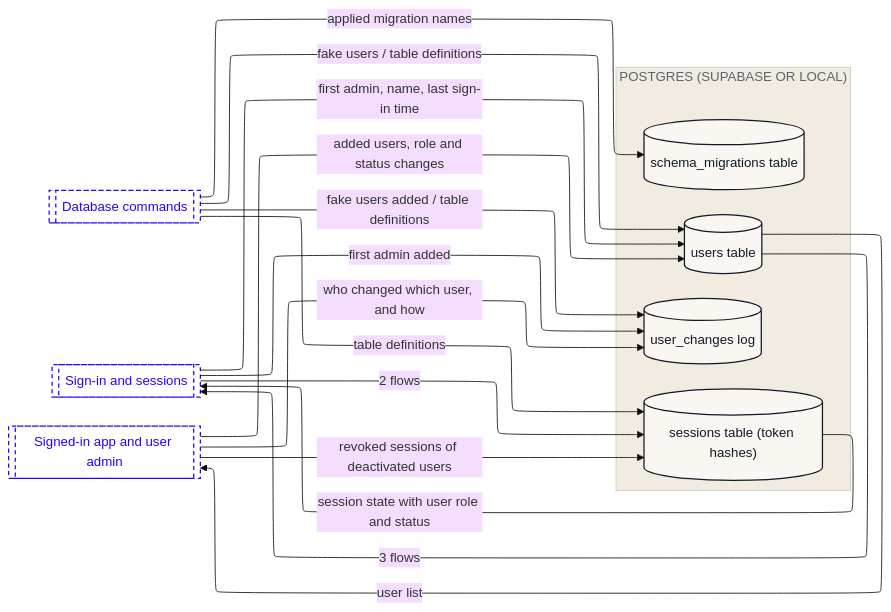
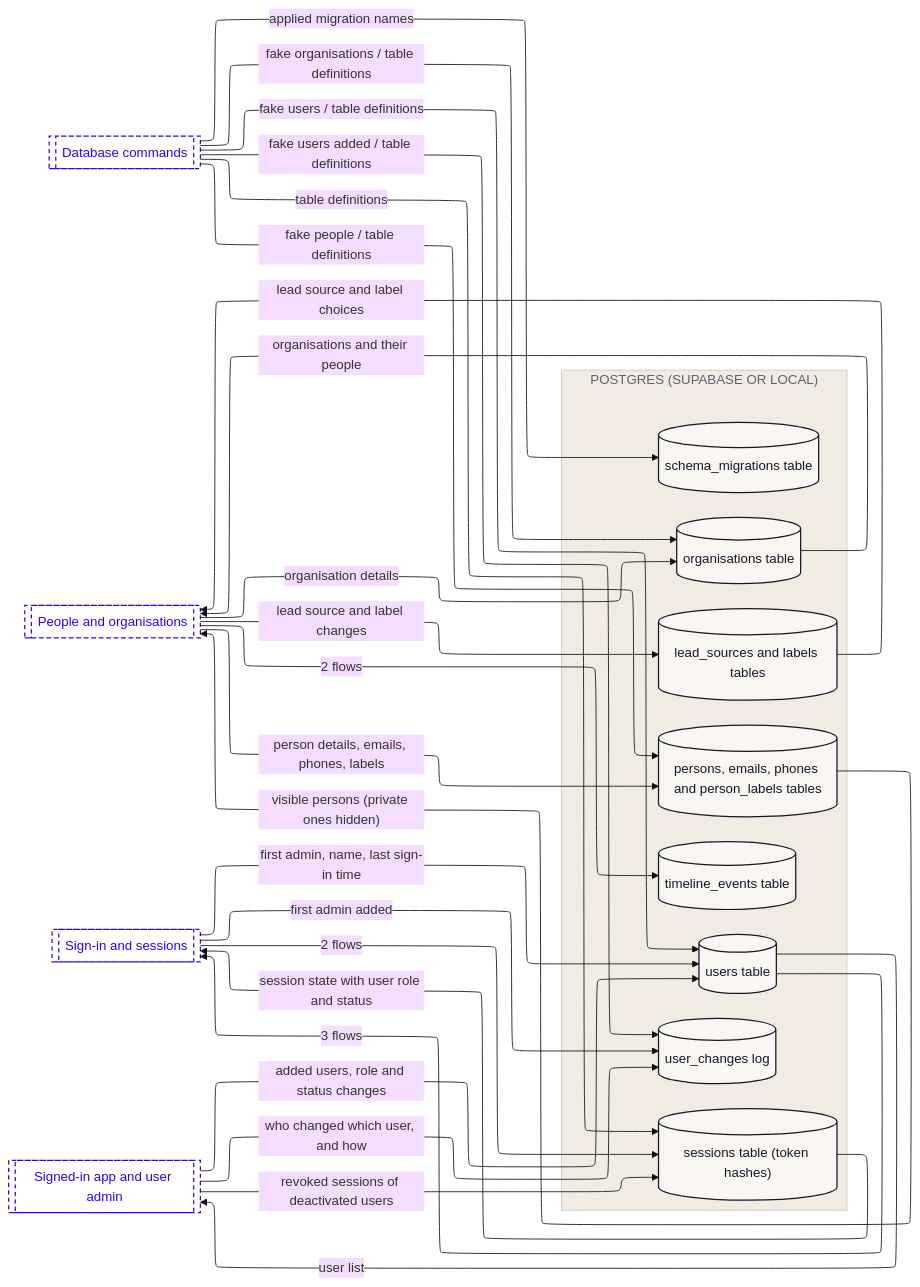
The third of 8 diagrams in dataflow/DATAFLOW.md (Romain-Perche/Barnacle-Pipe), drawn with Mermaid (base theme) before and after one commit. The commit also changed other lines of this file and 12 other files, not shown here.

````diff
--- a/dataflow/DATAFLOW.md
+++ b/dataflow/DATAFLOW.md
@@ -118,38 +127,52 @@
 ```mermaid
 ---
 config:
   layout: elk
 ---
 flowchart LR
     subgraph z1["POSTGRES (SUPABASE OR LOCAL)"]
-        n1[("schema_migrations table")]
-        n2[("sessions table (token hashes)")]
-        n3[("user_changes log")]
-        n4[("users table")]
+        n1[("lead_sources and labels tables")]
+        n2[("organisations table")]
+        n3[("persons, emails, phones and person_labels tables")]
+        n4[("schema_migrations table")]
+        n5[("sessions table (token hashes)")]
+        n6[("timeline_events table")]
+        n7[("user_changes log")]
+        n8[("users table")]
     end
-    n5[["Database commands"]]
-    n6[["Sign-in and sessions"]]
-    n7[["Signed-in app and user admin"]]
-    n6 -->|"2 flows"| n2
-    n6 -->|"first admin added"| n3
-    n6 -->|"first admin, name, last sign-in time"| n4
-    n5 -->|"applied migration names"| n1
-    n5 -->|"table definitions"| n2
-    n5 -->|"fake users added / table definitions"| n3
-    n5 -->|"fake users / table definitions"| n4
-    n2 -->|"session state with user role and status"| n6
-    n7 -->|"revoked sessions of deactivated users"| n2
-    n7 -->|"who changed which user, and how"| n3
-    n7 -->|"added users, role and status changes"| n4
-    n4 -->|"3 flows"| n6
-    n4 -->|"user list"| n7
+    n9[["Database commands"]]
+    n10[["People and organisations"]]
+    n11[["Sign-in and sessions"]]
+    n12[["Signed-in app and user admin"]]
+    n10 -->|"lead source and label changes"| n1
+    n1 -->|"lead source and label choices"| n10
+    n11 -->|"2 flows"| n5
+    n11 -->|"first admin added"| n7
+    n11 -->|"first admin, name, last sign-in time"| n8
+    n9 -->|"fake organisations / table definitions"| n2
+    n9 -->|"fake people / table definitions"| n3
+    n9 -->|"applied migration names"| n4
+    n9 -->|"table definitions"| n5
+    n9 -->|"fake users added / table definitions"| n7
+    n9 -->|"fake users / table definitions"| n8
+    n10 -->|"organisation details"| n2
+    n10 -->|"2 flows"| n6
+    n2 -->|"organisations and their people"| n10
+    n10 -->|"person details, emails, phones, labels"| n3
+    n3 -->|"visible persons (private ones hidden)"| n10
+    n5 -->|"session state with user role and status"| n11
+    n12 -->|"revoked sessions of deactivated users"| n5
+    n12 -->|"who changed which user, and how"| n7
+    n12 -->|"added users, role and status changes"| n8
+    n8 -->|"3 flows"| n11
+    n8 -->|"user list"| n12
     classDef actor fill:#FFFFFF,stroke:#111827,stroke-width:1px,color:#111827
     classDef process fill:#EDEAFF,stroke:#2B00FF,stroke-width:1.5px,color:#111827
     classDef store fill:#FAF6F1,stroke:#111827,stroke-width:1.5px,color:#111827
     classDef zone fill:#1A1A1A,stroke:#1A1A1A,color:#FFFFFF
     classDef group fill:#2B00FF,stroke:#2B00FF,color:#FFFFFF
     classDef stub fill:#FFFFFF,stroke:#2B00FF,stroke-width:1.5px,stroke-dasharray:5 4,color:#2B00FF
-    class n1,n2,n3,n4 store
-    class n5,n6,n7 stub
+    class n1,n2,n3,n4,n5,n6,n7,n8 store
+    class n9,n10,n11,n12 stub
     style z1 fill:#F1EBE2,stroke:#CFC7BB,color:#5D6270
 ```
````
